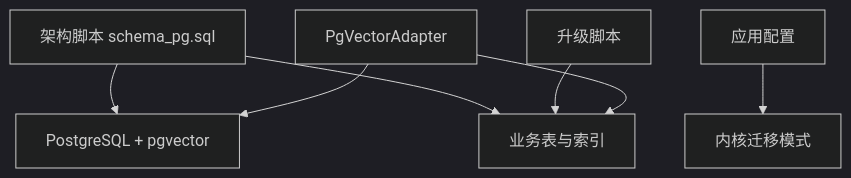
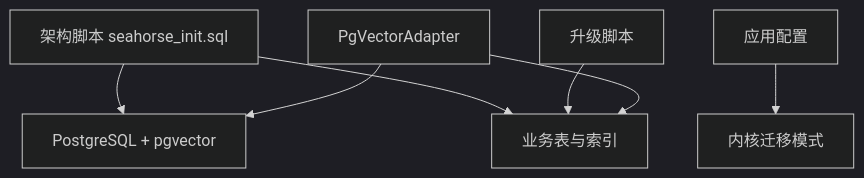
One commit to onceMisery/seahorse-agent changed the sixth of 6 diagrams in docs/zh/content/数据库设计/数据库初始化.md. Above: the diagram before and after it, drawn with Mermaid (dark theme). The commit also changed other lines of this file and 31 other files, not shown here.

First line of the commit message:
refactor: merge all DDL into seahorse_init.sql, delete redundant scripts

````diff
--- a/docs/zh/content/数据库设计/数据库初始化.md
+++ b/docs/zh/content/数据库设计/数据库初始化.md
@@ -237,9 +237,9 @@
 ```mermaid
 graph TB
-S["架构脚本 schema_pg.sql"] --> P["PostgreSQL + pgvector"]
+S["架构脚本 seahorse_init.sql"] --> P["PostgreSQL + pgvector"]
 S --> T["业务表与索引"]
 U["升级脚本"] --> T
 A["应用配置"] --> K["内核迁移模式"]
 V["PgVectorAdapter"] --> T
 V --> P
 ```
````
